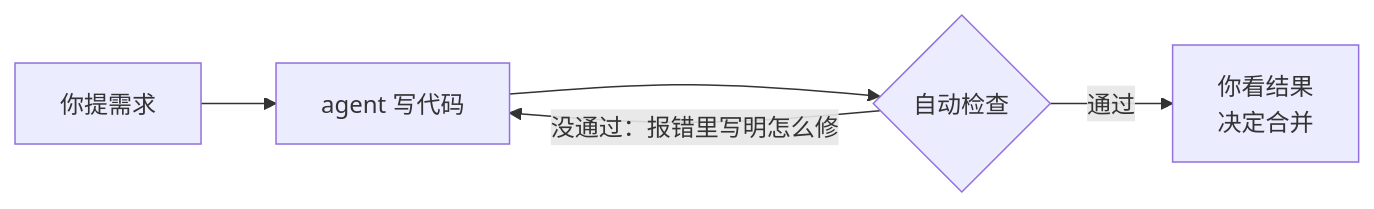
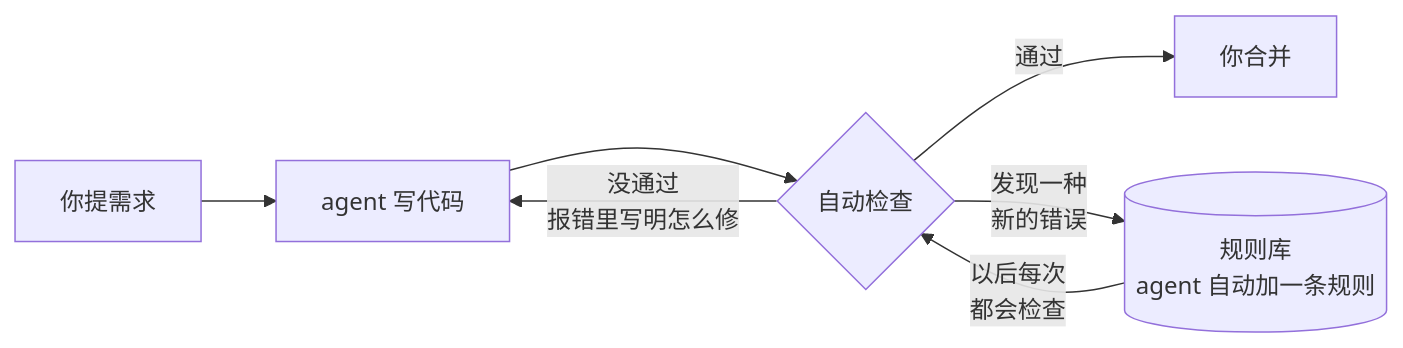
Before and after one commit to Tim-rppl/trust-pyramid: the diagram in README.zh-CN.md, drawn with Mermaid. The commit also changed other lines of this file and 1 other file, not shown here.

Commit message:
README: show the rule library loop in the flowchart (#21)
Add the rule library loop to the How it works chart (en, zh): a new kind of mistake becomes a rule, and every later check includes it.

````diff
--- a/README.zh-CN.md
+++ b/README.zh-CN.md
@@ -104,7 +104,9 @@
 ```mermaid
 flowchart LR
     A["你提需求"] --> B["agent 写代码"]
     B --> C{"自动检查"}
-    C -- "没通过：报错里写明怎么修" --> B
-    C -- "通过" --> D["你看结果<br/>决定合并"]
+    C -- "没通过<br/>报错里写明怎么修" --> B
+    C -- "通过" --> D["你合并"]
+    C -- "发现一种<br/>新的错误" --> E[("规则库<br/>agent 自动加一条规则")]
+    E -- "以后每次<br/>都会检查" --> C
 ```
````
